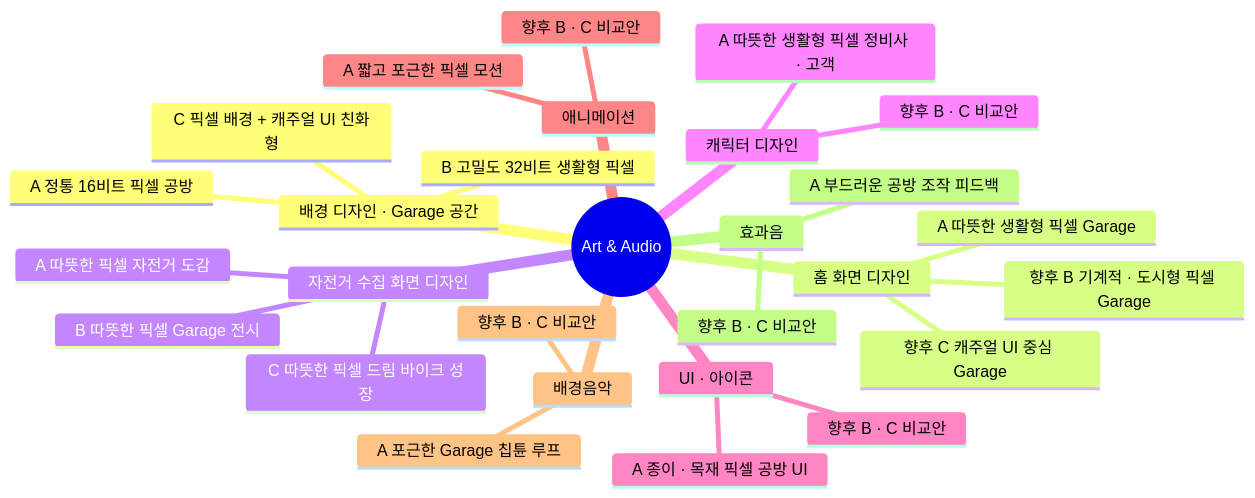
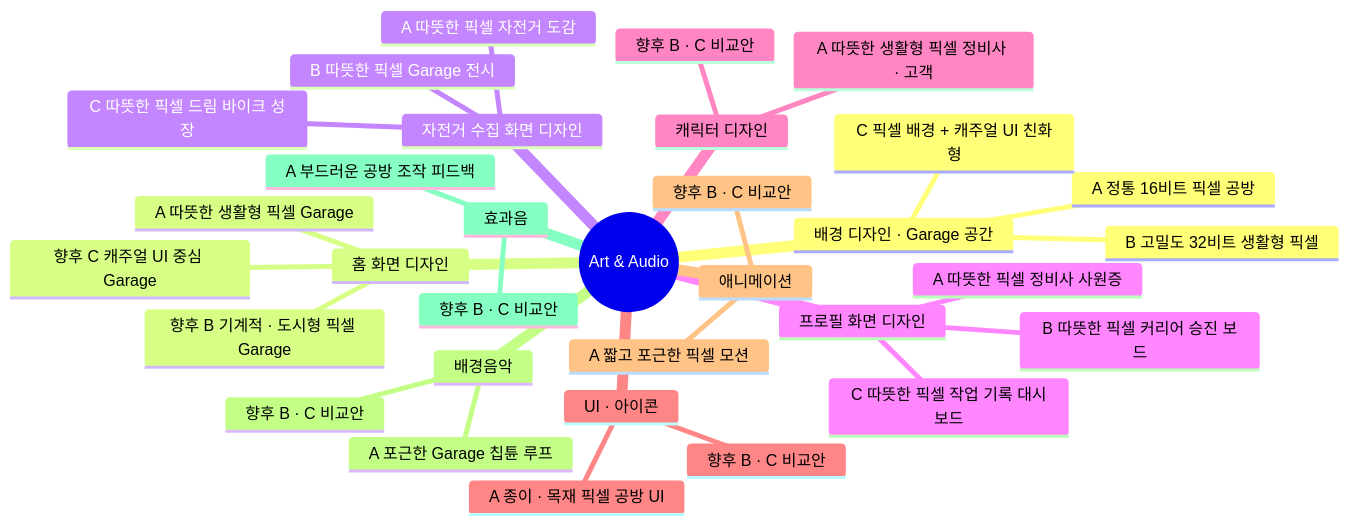
The third of 5 diagrams in docs/LAB_PROTOTYPE_MAP.md (aigemro/dream-bike-garage-lab), drawn with Mermaid before and after one commit. The commit also changed other lines of this file and 7 other files, not shown here.

First line of the commit message:
feat: 프로필 화면 디자인 트랙 추가 (홈 A안 기반 A/B/C안)

````diff
--- a/docs/LAB_PROTOTYPE_MAP.md
+++ b/docs/LAB_PROTOTYPE_MAP.md
@@ -145,31 +146,35 @@
 ```mermaid
 mindmap
   root((Art & Audio))
     배경 디자인 · Garage 공간
       A 정통 16비트 픽셀 공방
       B 고밀도 32비트 생활형 픽셀
       C 픽셀 배경 + 캐주얼 UI 친화형
     홈 화면 디자인
       A 따뜻한 생활형 픽셀 Garage
       향후 B 기계적 · 도시형 픽셀 Garage
       향후 C 캐주얼 UI 중심 Garage
     자전거 수집 화면 디자인
       A 따뜻한 픽셀 자전거 도감
       B 따뜻한 픽셀 Garage 전시
       C 따뜻한 픽셀 드림 바이크 성장
+    프로필 화면 디자인
+      A 따뜻한 픽셀 정비사 사원증
+      B 따뜻한 픽셀 커리어 승진 보드
+      C 따뜻한 픽셀 작업 기록 대시보드
     캐릭터 디자인
       A 따뜻한 생활형 픽셀 정비사 · 고객
       향후 B · C 비교안
     UI · 아이콘
       A 종이 · 목재 픽셀 공방 UI
       향후 B · C 비교안
     애니메이션
       A 짧고 포근한 픽셀 모션
       향후 B · C 비교안
     배경음악
       A 포근한 Garage 칩튠 루프
       향후 B · C 비교안
     효과음
       A 부드러운 공방 조작 피드백
       향후 B · C 비교안
 ```
````
